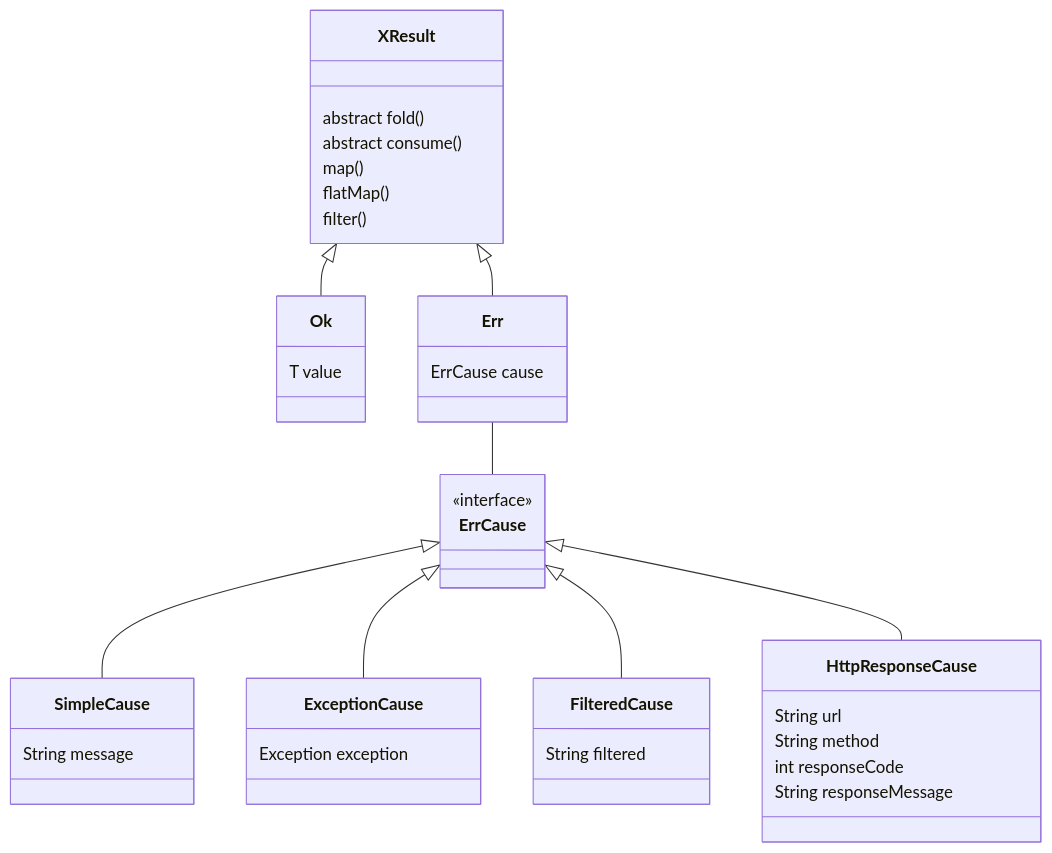
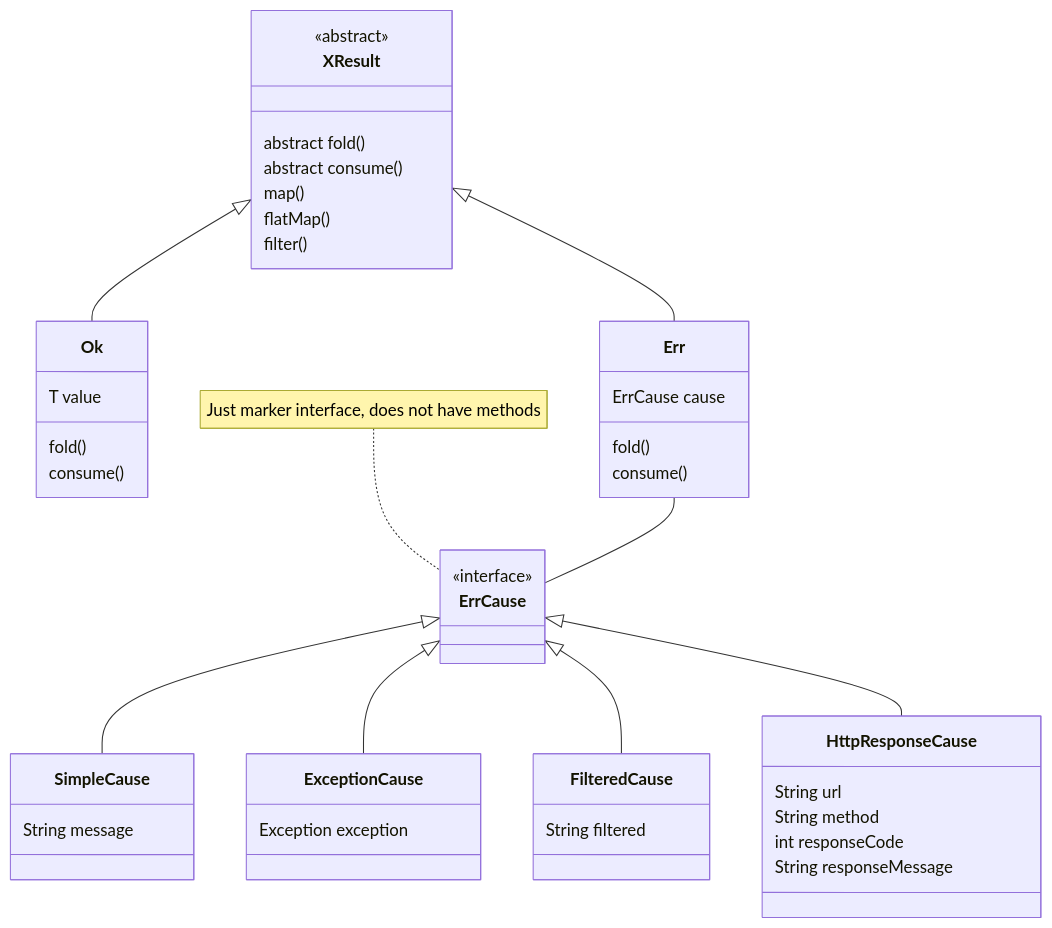
The diagram in README.md (skopylov58/java-extended-result-monad), drawn with Mermaid before and after one commit.

Commit message:
docs: class diagram is extended

````diff
--- a/README.md
+++ b/README.md
@@ -4,51 +4,58 @@
 ```mermaid
 classDiagram
     XResult <|-- Ok
     XResult <|-- Err
     Err -- ErrCause
     
     ErrCause <|-- SimpleCause
     ErrCause <|-- ExceptionCause
     ErrCause <|-- FilteredCause
     ErrCause <|-- HttpResponseCause
 
-    class XResult{
+    note for ErrCause "Just marker interface, does not have methods"
+
+    class XResult~T~ {
+        <<abstract>>
         abstract fold()
         abstract consume()
         map()
         flatMap()
         filter()
 
     }
     
-    class Ok{
+    class Ok~T~{
       T value
+      fold()
+      consume()
     }
     
     class Err{
       ErrCause cause
+      fold()
+      consume()
     }
 
     class ErrCause{
         <<interface>>
     }
 
     class SimpleCause{
         String message
     }
 
     class ExceptionCause {
         Exception exception
     }
 
     class FilteredCause {
         String filtered
     }
 
     class HttpResponseCause {
         String url
         String method
         int responseCode
         String responseMessage
     }
 ```
````
